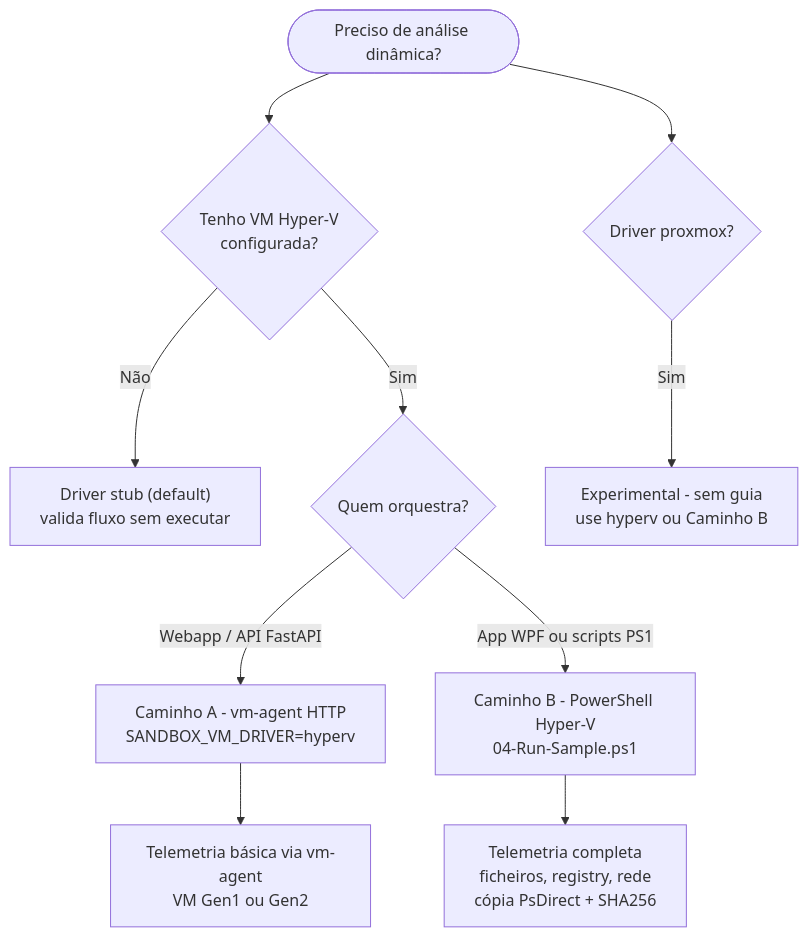
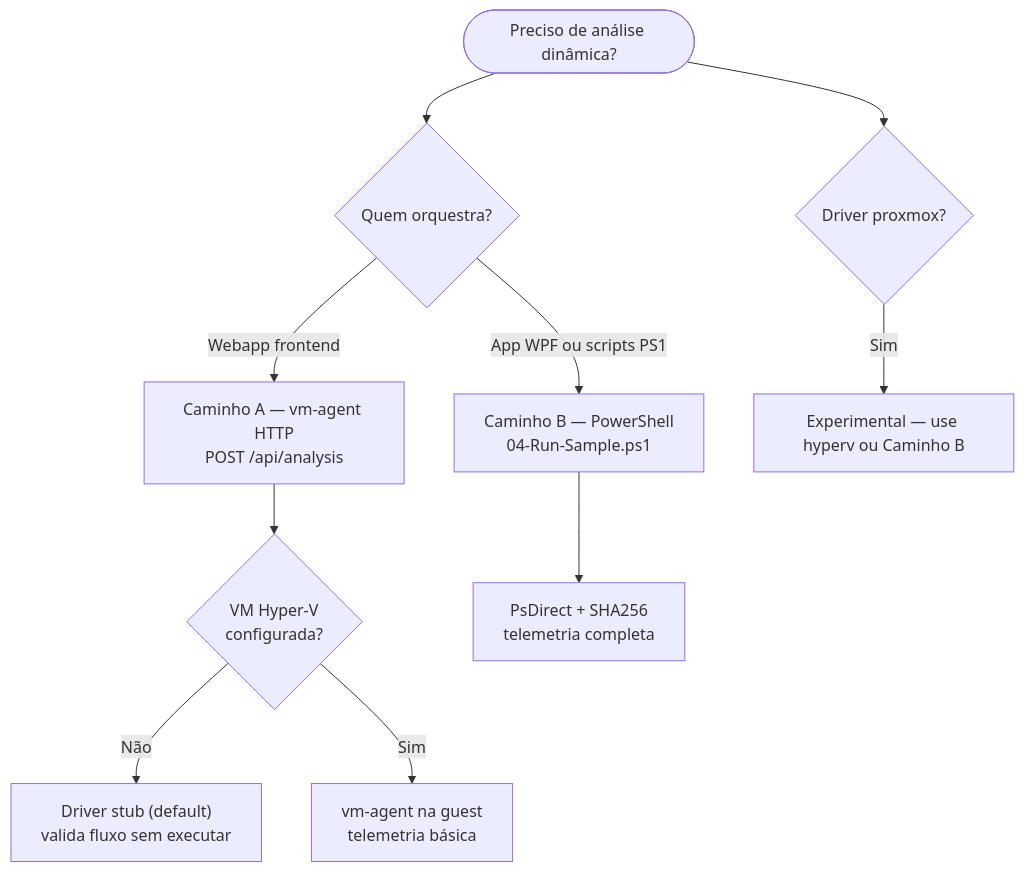
The diagram in README.md (tlxp/PROJETO), drawn with Mermaid before and after one commit. The commit also changed other lines of this file and 39 other files, not shown here.

````diff
--- a/README.md
+++ b/README.md
@@ -235,12 +275,12 @@
 ```mermaid
 flowchart TD
-    START([Preciso de análise dinâmica?]) --> VM{Tenho VM Hyper-V<br/>configurada?}
+    START([Preciso de análise dinâmica?]) --> WHO{Quem orquestra?}
+    WHO -->|Webapp frontend| A["Caminho A — vm-agent HTTP<br/>POST /api/analysis"]
+    WHO -->|App WPF ou scripts PS1| B["Caminho B — PowerShell<br/>04-Run-Sample.ps1"]
+    A --> VM{VM Hyper-V<br/>configurada?}
     VM -->|Não| STUB["Driver stub (default)<br/>valida fluxo sem executar"]
-    VM -->|Sim| WHO{Quem orquestra?}
-    WHO -->|Webapp / API FastAPI| A["Caminho A - vm-agent HTTP<br/>SANDBOX_VM_DRIVER=hyperv"]
-    WHO -->|App WPF ou scripts PS1| B["Caminho B - PowerShell Hyper-V<br/>04-Run-Sample.ps1"]
-    A --> AGENT["Telemetria básica via vm-agent<br/>VM Gen1 ou Gen2"]
-    B --> PSDIRECT["Telemetria completa<br/>ficheiros, registry, rede<br/>cópia PsDirect + SHA256"]
+    VM -->|Sim| AGENT["vm-agent na guest<br/>telemetria básica"]
+    B --> PSDIRECT["PsDirect + SHA256<br/>telemetria completa"]
     START --> PROX{"Driver proxmox?"}
-    PROX -->|Sim| WARN["Experimental - sem guia<br/>use hyperv ou Caminho B"]
+    PROX -->|Sim| WARN["Experimental — use hyperv ou Caminho B"]
 ```
````
